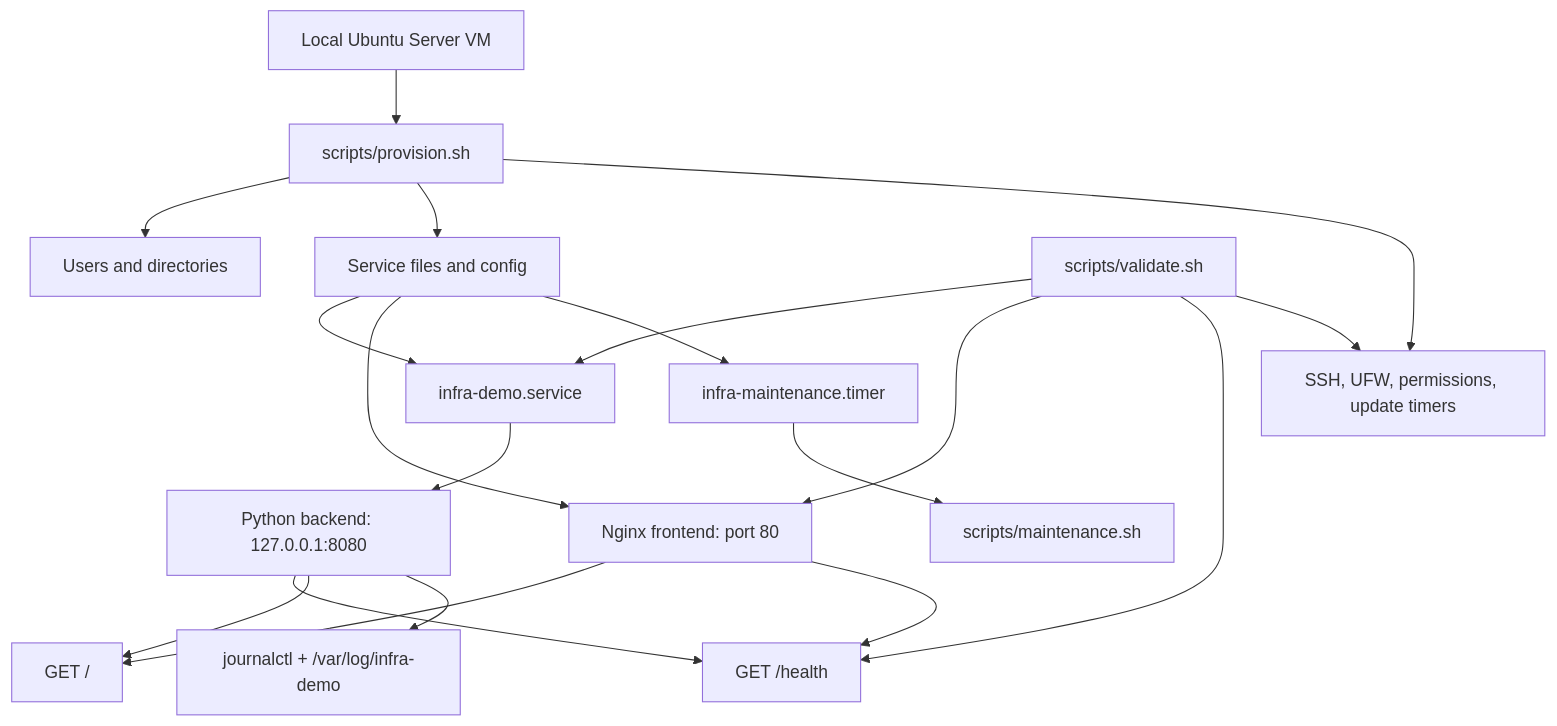
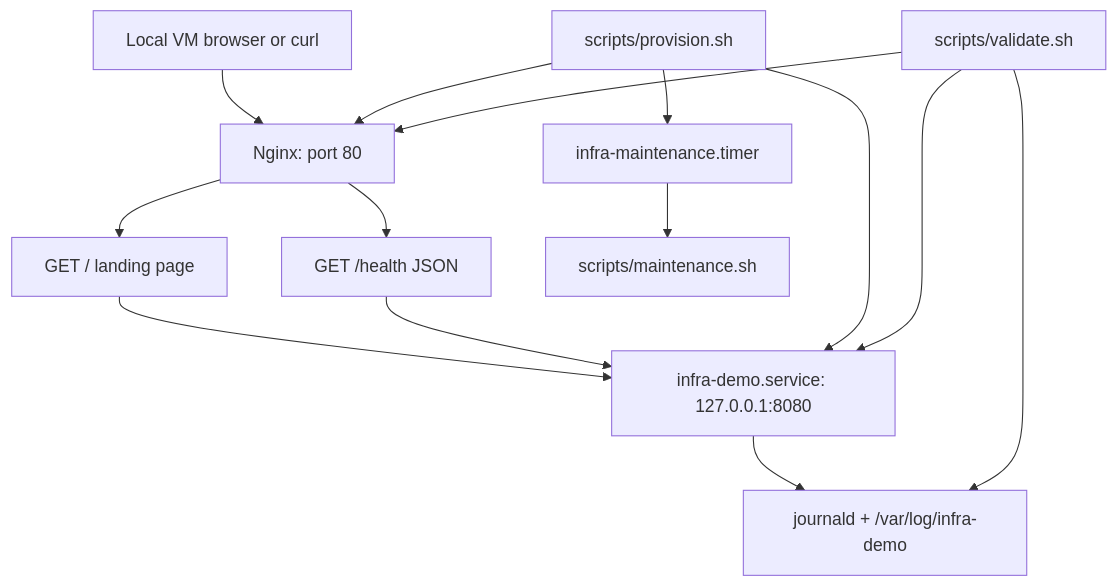
Before and after one commit to Ypsh2304/linux-infra-intern-lab: the first of 2 diagrams in README.md, drawn with Mermaid. The commit also changed other lines of this file and 5 other files, not shown here.

````diff
--- a/README.md
+++ b/README.md
@@ -27,25 +27,16 @@
 ```mermaid
 flowchart TD
-    VM["Local Ubuntu Server VM"] --> Provision["scripts/provision.sh"]
-    Provision --> Users["Users and directories"]
-    Provision --> ServiceFiles["Service files and config"]
-    Provision --> Hardening["SSH, UFW, permissions, update timers"]
-
-    ServiceFiles --> Systemd["infra-demo.service"]
-    Systemd --> Backend["Python backend: 127.0.0.1:8080"]
-    Backend --> Health["GET /health"]
-    Backend --> Page["GET /"]
-    Backend --> Logs["journalctl + /var/log/infra-demo"]
-
-    ServiceFiles --> Nginx["Nginx frontend: port 80"]
-    Nginx --> Page
-    Nginx --> Health
-
-    ServiceFiles --> Timer["infra-maintenance.timer"]
-    Timer --> Maintenance["scripts/maintenance.sh"]
-
-    Validate["scripts/validate.sh"] --> Systemd
-    Validate --> Nginx
-    Validate --> Health
-    Validate --> Hardening
+    Client["Local VM browser or curl"] --> Nginx["Nginx: port 80"]
+    Nginx --> Root["GET / landing page"]
+    Nginx --> Health["GET /health JSON"]
+    Root --> Backend["infra-demo.service: 127.0.0.1:8080"]
+    Health --> Backend
+    Backend --> Logs["journald + /var/log/infra-demo"]
+    Timer["infra-maintenance.timer"] --> Maintenance["scripts/maintenance.sh"]
+    Provision["scripts/provision.sh"] --> Nginx
+    Provision --> Backend
+    Provision --> Timer
+    Validate["scripts/validate.sh"] --> Nginx
+    Validate --> Backend
+    Validate --> Logs
 ```
````
